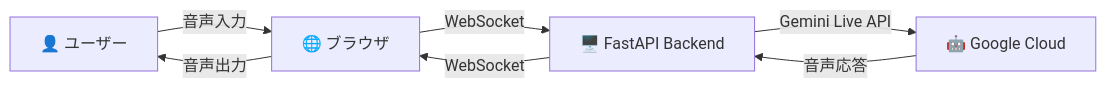
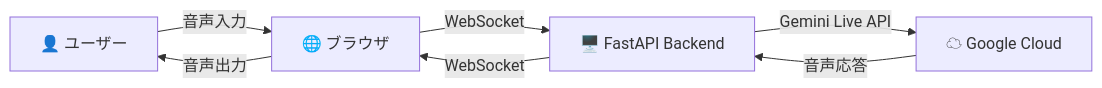
The diagram in README.md (yuting0624/Cafe-Agent-Gemini), drawn with Mermaid before and after one commit. The commit also changed other lines of this file, not shown here.

````diff
--- a/README.md
+++ b/README.md
@@ -19,9 +19,9 @@
 ```mermaid
 graph LR
     A[👤 ユーザー] -->|音声入力| B[🌐 ブラウザ]
     B -->|WebSocket| C[🖥️ FastAPI Backend]
-    C -->|Gemini Live API| D[🤖 Google Cloud]
+    C -->|Gemini Live API| D[☁ Google Cloud]
     D -->|音声応答| C
     C -->|WebSocket| B
     B -->|音声出力| A
 ```
````
